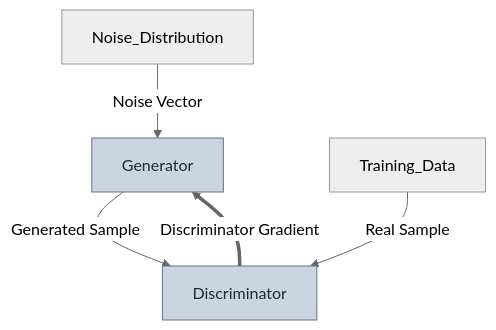
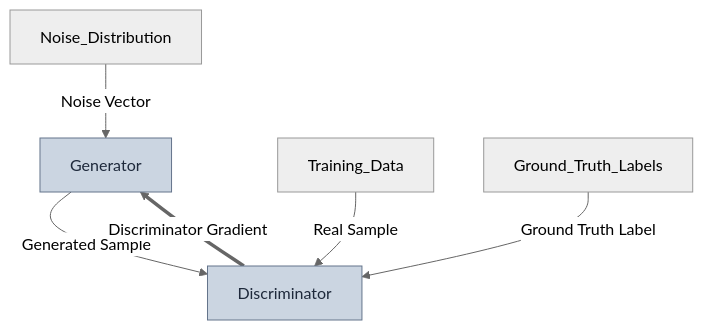
The diagram in models/gan/artifacts/gan.mermaid (rororowyourboat/structured_antagonism), drawn with Mermaid before and after one commit. The commit also changed 8 other files, not shown here.

```diff
--- a/models/gan/artifacts/gan.mermaid
+++ b/models/gan/artifacts/gan.mermaid
@@ -1,13 +1,14 @@
 %%{init:{"theme":"neutral"}}%%
 flowchart TD
     classDef boundary fill:#93c5fd,stroke:#2563eb,stroke-width:2px,color:#1e3a5f
     classDef policy fill:#fcd34d,stroke:#d97706,stroke-width:2px,color:#78350f
     classDef mechanism fill:#86efac,stroke:#16a34a,stroke-width:2px,color:#14532d
     classDef control fill:#d8b4fe,stroke:#9333ea,stroke-width:2px,color:#3b0764
     classDef generic fill:#cbd5e1,stroke:#64748b,stroke-width:1px,color:#1e293b
     Generator[Generator]:::generic
     Discriminator[Discriminator]:::generic
     Generator --Generated Sample--> Discriminator
     Discriminator ==Discriminator Gradient==> Generator
     Noise_Distribution --Noise Vector--> Generator
     Training_Data --Real Sample--> Discriminator
+    Ground_Truth_Labels --Ground Truth Label--> Discriminator
```
